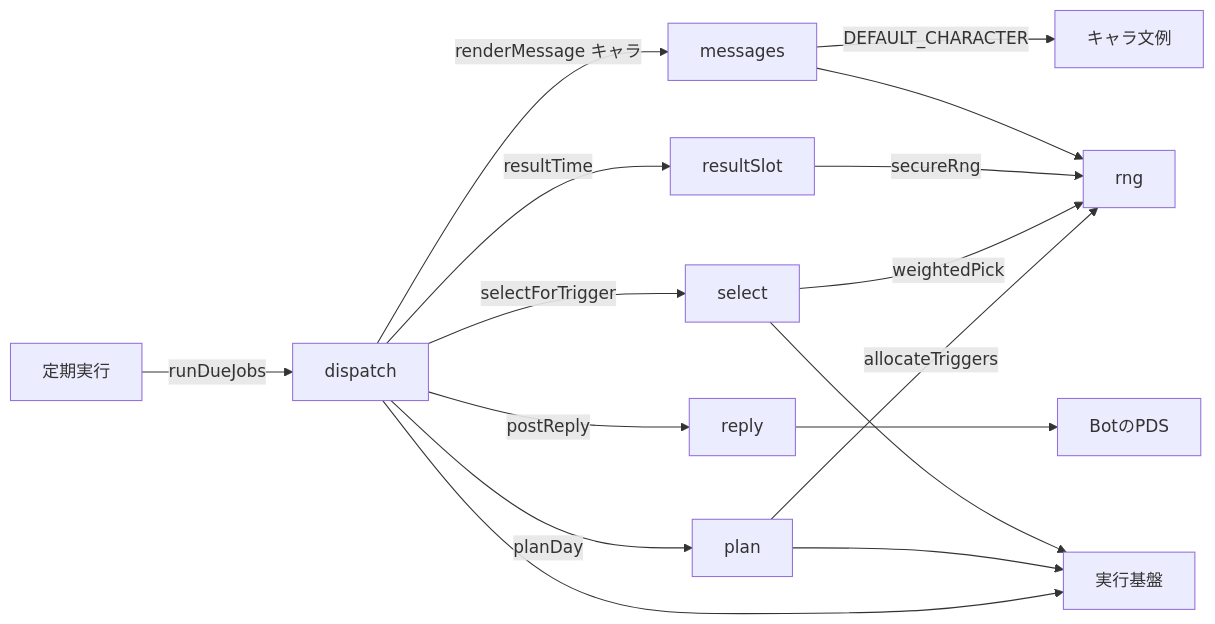
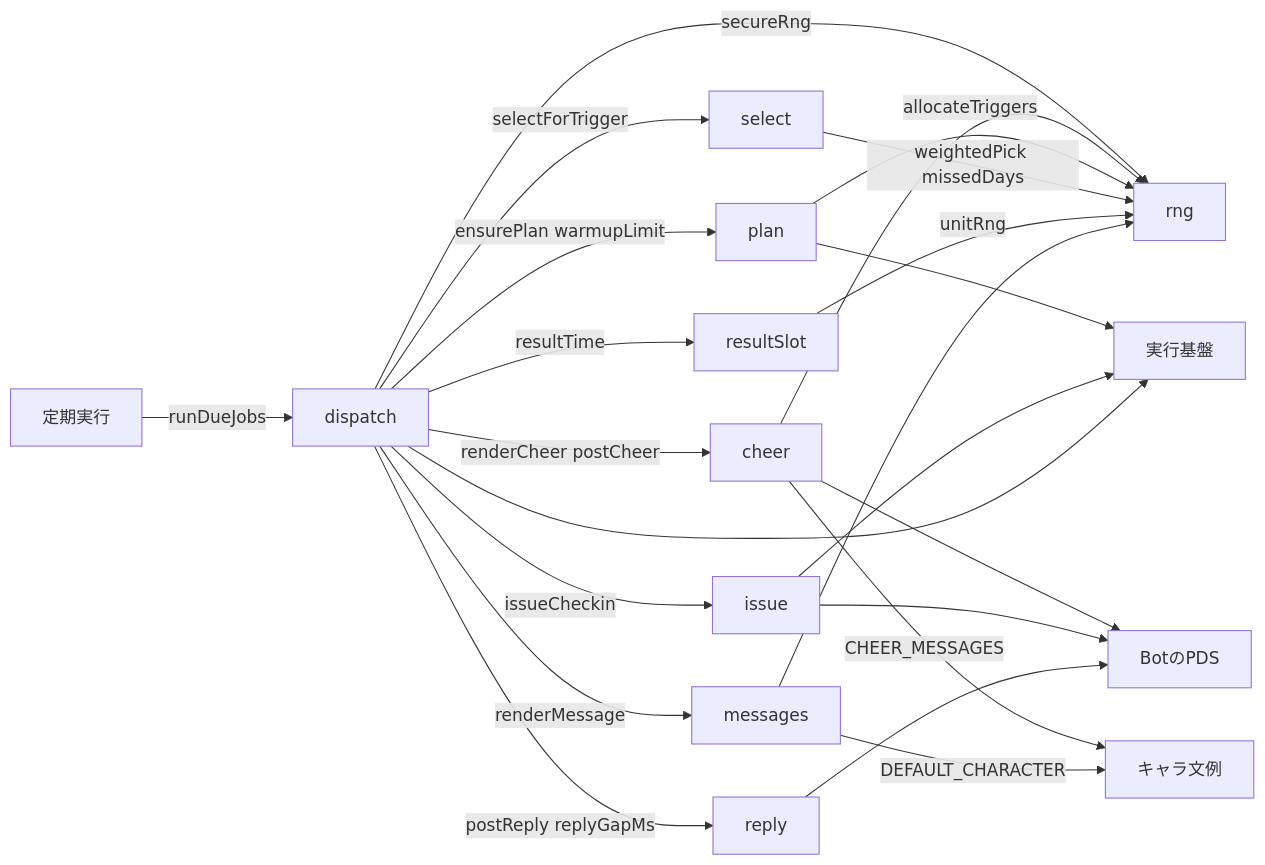
The first of 2 diagrams in specs/bot-scheduler/design.md (nllacc/shinchoku-chan), drawn with Mermaid before and after one commit. The commit also changed other lines of this file and 16 other files, not shown here.

````diff
--- a/specs/bot-scheduler/design.md
+++ b/specs/bot-scheduler/design.md
@@ -19,18 +21,25 @@
 ```mermaid
 flowchart LR
+  dispatch -->|ensurePlan warmupLimit| plan
   dispatch -->|selectForTrigger| select
-  dispatch -->|renderMessage キャラ| messages
-  dispatch -->|postReply| reply
-  dispatch -->|planDay| plan
+  dispatch -->|issueCheckin| issue
+  dispatch -->|renderMessage| messages
+  dispatch -->|postReply replyGapMs| reply
   dispatch -->|resultTime| resultSlot
+  dispatch -->|secureRng| rng
+  dispatch -->|renderCheer postCheer| cheer
+  cheer -->|CHEER_MESSAGES| ext_char
+  cheer --> rng
+  cheer --> ext_botpds
   plan -->|allocateTriggers| rng
-  select -->|weightedPick| rng
-  resultSlot -->|secureRng| rng
+  select -->|weightedPick missedDays| rng
+  resultSlot -->|unitRng| rng
   messages --> rng
-  reply --> ext_botpds["BotのPDS"]
-  dispatch --> ext_platform["実行基盤"]
-  plan --> ext_platform
-  select --> ext_platform
+  issue --> ext_botpds["BotのPDS"]
+  reply --> ext_botpds
+  plan --> ext_platform["実行基盤"]
+  issue --> ext_platform
+  dispatch --> ext_platform
   ext_tick["定期実行"] -->|runDueJobs| dispatch
   messages -->|DEFAULT_CHARACTER| ext_char["キャラ文例"]
 ```
````
